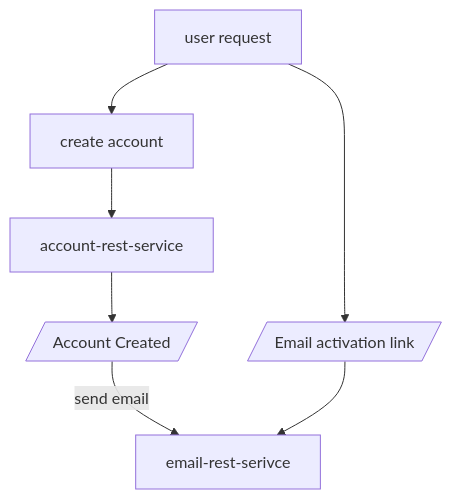
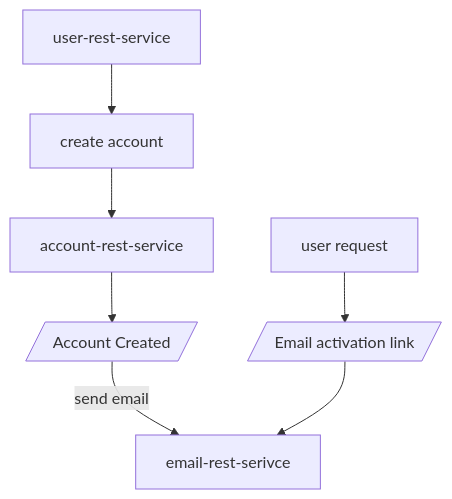
The diagram in README.md (sonamsamdupkhangsar/email-rest-service), drawn with Mermaid before and after one commit.

Commit message:
add mermaidms

````diff
--- a/README.md
+++ b/README.md
@@ -9,7 +9,7 @@
 ```mermaid
 flowchart TD
- User[user-rest-service] --> create[create account] -->Account[account-rest-service]
+ UserService[user-rest-service] --> create[create account] -->Account[account-rest-service]
  Account-->accountCreated[/Account Created/]--"send email"--> email[email-rest-serivce]
  User[user request] --> emailActivationLink[/Email activation link/]--> email 
 
 ```
````
